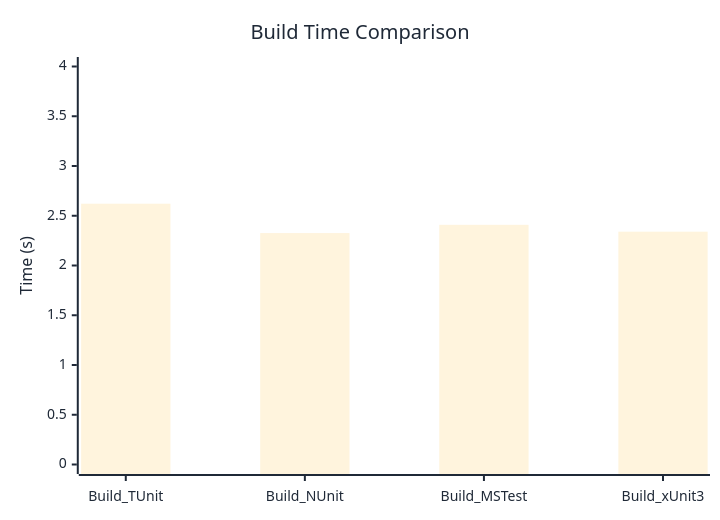
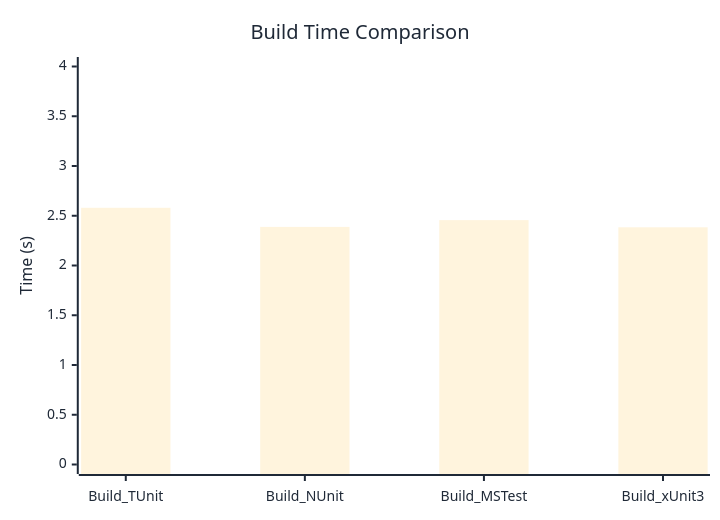
Before and after one commit to thomhurst/TUnit: the diagram in docs/docs/benchmarks/BuildTime.md, drawn with Mermaid. The commit also changed other lines of this file and 17 other files, not shown here.

````diff
--- a/docs/docs/benchmarks/BuildTime.md
+++ b/docs/docs/benchmarks/BuildTime.md
@@ -28,37 +28,37 @@
 ```mermaid
 %%{init: {
   'theme':'base',
   'themeVariables': {
     'primaryColor': '#2563eb',
     'primaryTextColor': '#1f2937',
     'primaryBorderColor': '#1e40af',
     'lineColor': '#6b7280',
     'secondaryColor': '#7c3aed',
     'tertiaryColor': '#dc2626',
     'background': '#ffffff',
     'mainBkg': '#2563eb',
     'secondBkg': '#7c3aed',
     'tertiaryBkg': '#dc2626',
     'clusterBkg': '#f3f4f6',
     'edgeLabelBackground': '#ffffff',
     'tertiaryTextColor': '#1f2937',
     'pie1': '#2563eb',
     'pie2': '#7c3aed',
     'pie3': '#dc2626',
     'pie4': '#f59e0b',
     'pie5': '#10b981',
     'pie6': '#06b6d4',
     'pie7': '#ec4899',
     'pie8': '#6366f1',
     'pie9': '#84cc16',
     'pie10': '#f97316',
     'pie11': '#14b8a6',
     'pie12': '#a855f7'
   }
 }}%%
 xychart-beta
   title "Build Time Comparison"
   x-axis ["Build_TUnit", "Build_NUnit", "Build_MSTest", "Build_xUnit3"]
   y-axis "Time (s)" 0 --> 4
-  bar [2.621, 2.326, 2.409, 2.34]
+  bar [2.58, 2.388, 2.456, 2.384]
 ```
````
